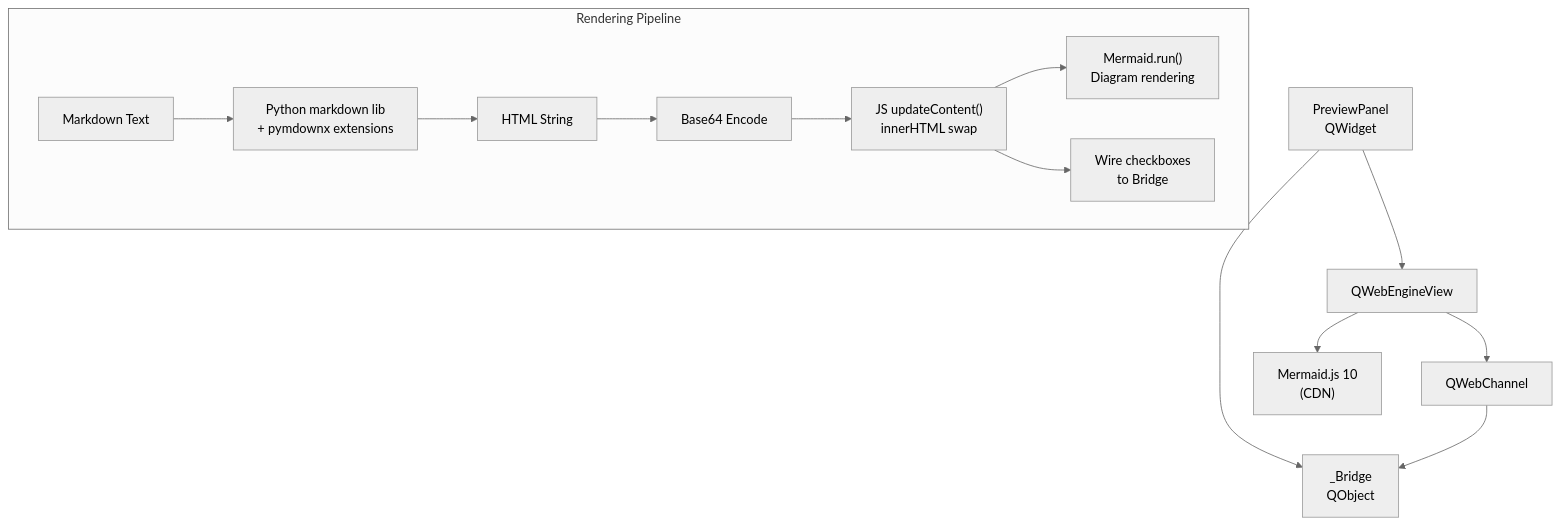
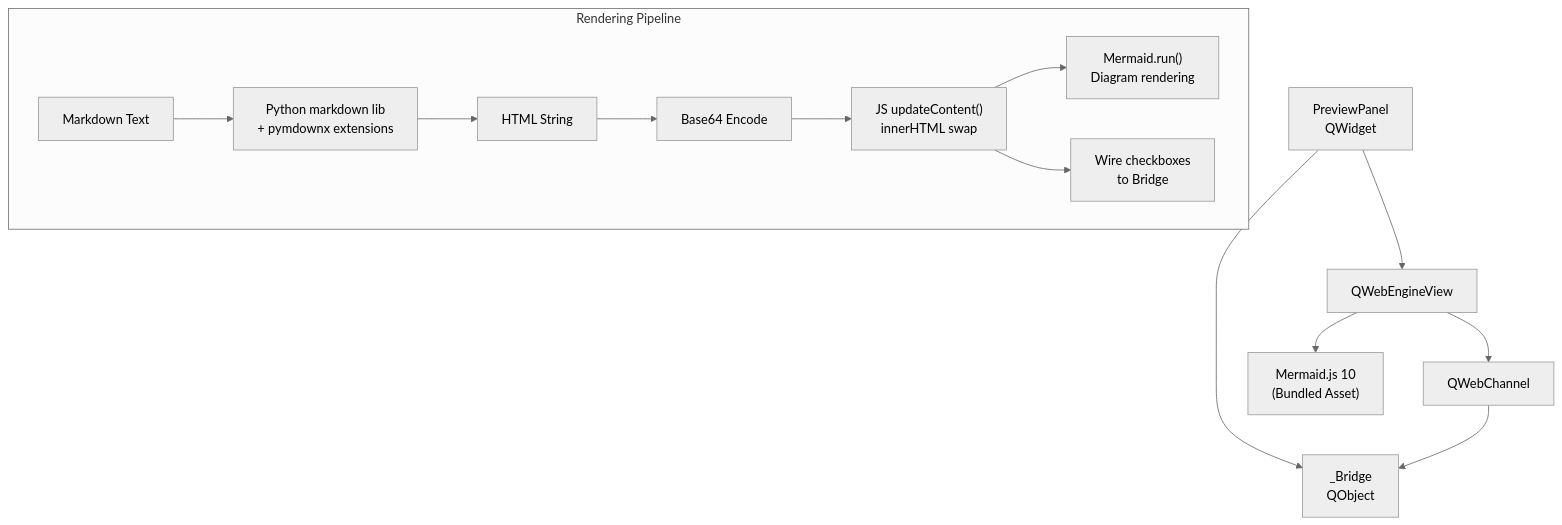
The sixth of 7 diagrams in ARCHITECTURE.md (nguyenl/drnotes), drawn with Mermaid (neutral theme) before and after one commit. The commit also changed other lines of this file and 16 other files, not shown here.

````diff
--- a/ARCHITECTURE.md
+++ b/ARCHITECTURE.md
@@ -189,18 +202,18 @@
 ```mermaid
 graph TD
     PP[PreviewPanel<br>QWidget] --> WV[QWebEngineView]
     PP --> BR[_Bridge<br>QObject]
     WV --> WC[QWebChannel]
     WC --> BR
-    WV --> MJ["Mermaid.js 10<br>(CDN)"]
+    WV --> MJ["Mermaid.js 10<br>(Bundled Asset)"]
 
     subgraph Rendering Pipeline
         MD[Markdown Text]
         MD --> PY["Python markdown lib<br>+ pymdownx extensions"]
         PY --> HTML[HTML String]
         HTML --> B64[Base64 Encode]
         B64 --> JS["JS updateContent()<br>innerHTML swap"]
         JS --> MR["Mermaid.run()<br>Diagram rendering"]
         JS --> CB["Wire checkboxes<br>to Bridge"]
     end
 ```
````
